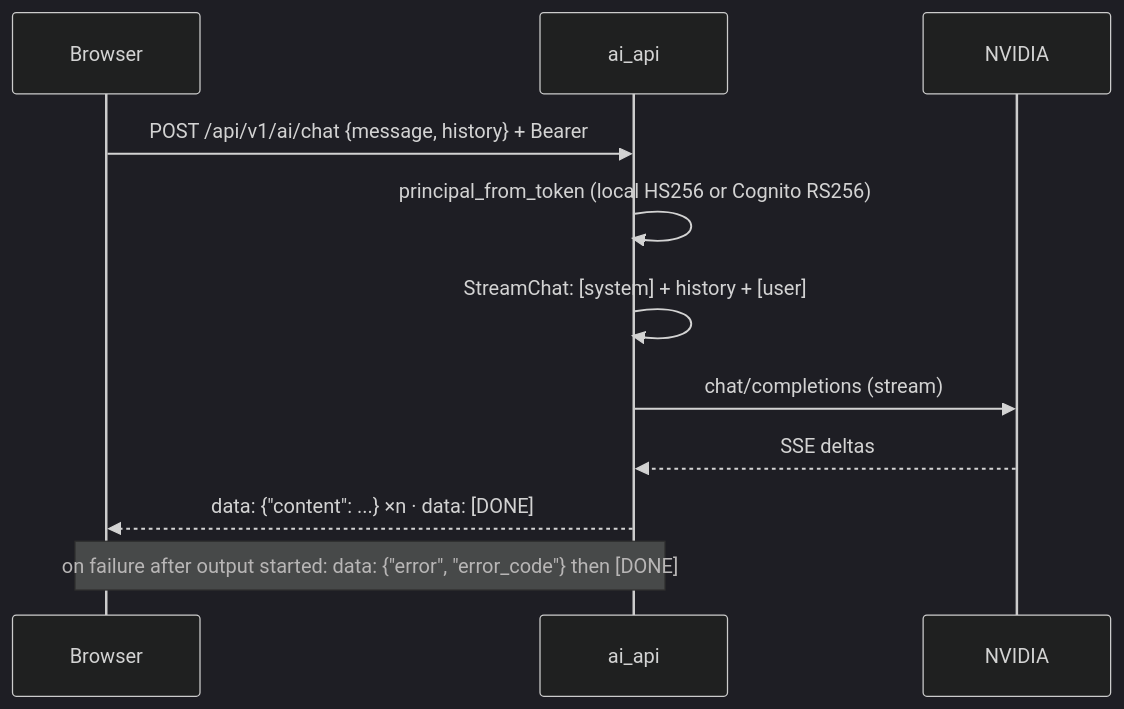
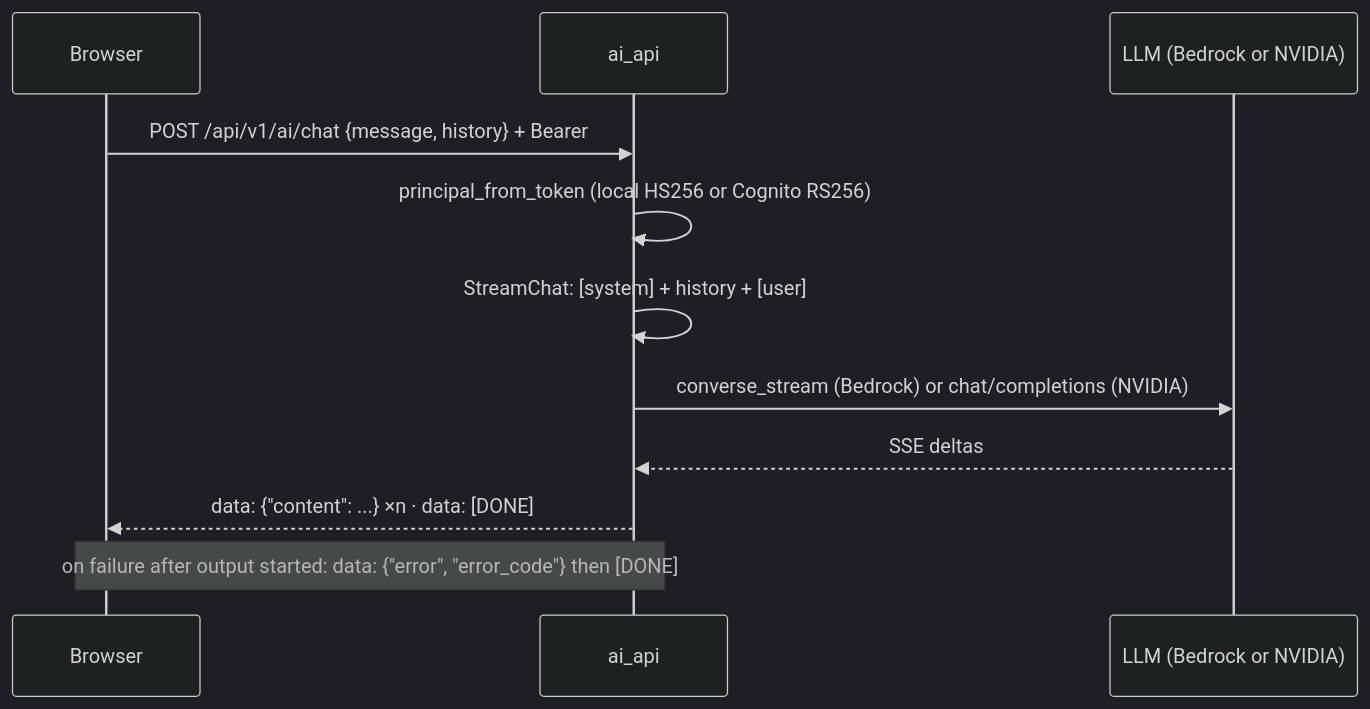
Before and after one commit to Joakamakaka1/travel-ai-world: the fourth of 4 diagrams in docs/architecture/overview.md, drawn with Mermaid (dark theme). The commit also changed other lines of this file and 3 other files, not shown here.

````diff
--- a/docs/architecture/overview.md
+++ b/docs/architecture/overview.md
@@ -117,13 +117,13 @@
 ```mermaid
 sequenceDiagram
     participant B as Browser
     participant A as ai_api
-    participant N as NVIDIA
+    participant N as LLM (Bedrock or NVIDIA)
     B->>A: POST /api/v1/ai/chat {message, history} + Bearer
     A->>A: principal_from_token (local HS256 or Cognito RS256)
     A->>A: StreamChat: [system] + history + [user]
-    A->>N: chat/completions (stream)
+    A->>N: converse_stream (Bedrock) or chat/completions (NVIDIA)
     N-->>A: SSE deltas
     A-->>B: data: {"content": ...} ×n · data: [DONE]
     Note over A,B: on failure after output started: data: {"error", "error_code"} then [DONE]
 ```
````
